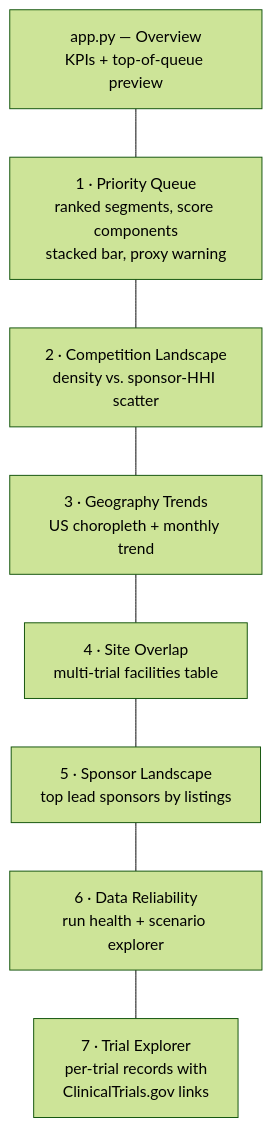
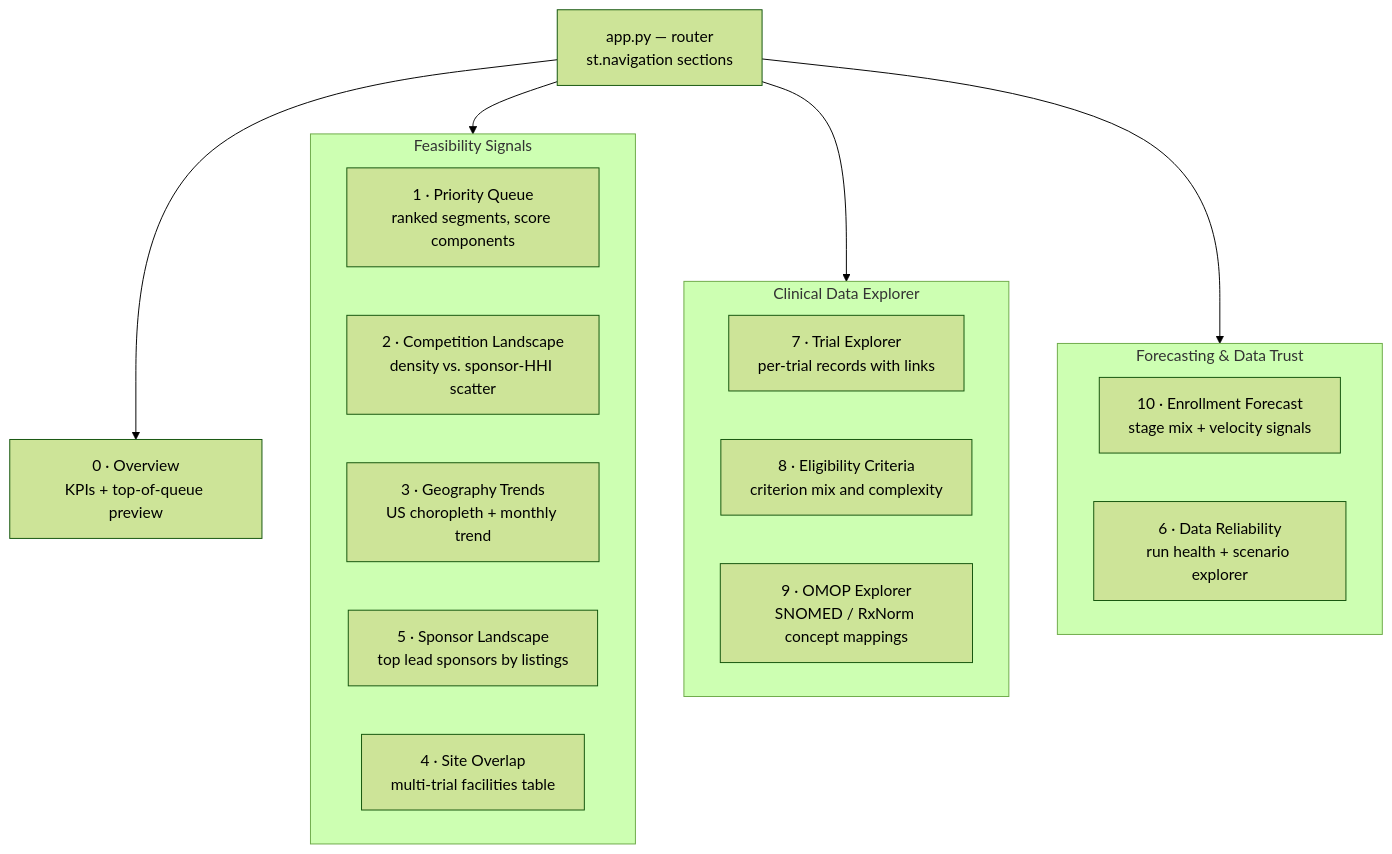
One commit to ne1cc/clinical-trial-intelligence changed diagram 11 of 14 in PROJECT_DOCUMENTATION.md. Above: the diagram before and after it, drawn with Mermaid (forest theme). The commit also changed other lines of this file and 2 other files, not shown here.

Commit message:
docs: update dashboard spec for theming and grouped navigation
Documents the router/navigation structure, adds the three pages that were
never in the spec (Eligibility Criteria, OMOP Explorer, Enrollment
Forecast), and adds a Theming section recording why the palette had to
validate against both chart surfaces and why the signal band is an
ordinal blue ramp rather than a red scale.

Also refreshes stale counts: 8 pages -> 11, and a pytest suite that had
been reported as 47 tests since well before this branch (now 117).

Claude-Session: https://claude.ai/code/session_01GSGXwK9taTLbGnvcCwThcj

````diff
--- a/PROJECT_DOCUMENTATION.md
+++ b/PROJECT_DOCUMENTATION.md
@@ -557,12 +561,25 @@
 ```mermaid
 flowchart TB
-    APP["app.py — Overview<br/>KPIs + top-of-queue preview"]
-    P1["1 · Priority Queue<br/>ranked segments, score components<br/>stacked bar, proxy warning"]
-    P2["2 · Competition Landscape<br/>density vs. sponsor-HHI scatter"]
-    P3["3 · Geography Trends<br/>US choropleth + monthly trend"]
-    P4["4 · Site Overlap<br/>multi-trial facilities table"]
-    P5["5 · Sponsor Landscape<br/>top lead sponsors by listings"]
-    P6["6 · Data Reliability<br/>run health + scenario explorer"]
-    P7["7 · Trial Explorer<br/>per-trial records with<br/>ClinicalTrials.gov links"]
-    APP --- P1 --- P2 --- P3 --- P4 --- P5 --- P6 --- P7
+    APP["app.py — router<br/>st.navigation sections"]
+    OV["0 · Overview<br/>KPIs + top-of-queue preview"]
+    subgraph S1["Feasibility Signals"]
+        P1["1 · Priority Queue<br/>ranked segments, score components"]
+        P2["2 · Competition Landscape<br/>density vs. sponsor-HHI scatter"]
+        P3["3 · Geography Trends<br/>US choropleth + monthly trend"]
+        P5["5 · Sponsor Landscape<br/>top lead sponsors by listings"]
+        P4["4 · Site Overlap<br/>multi-trial facilities table"]
+    end
+    subgraph S2["Clinical Data Explorer"]
+        P7["7 · Trial Explorer<br/>per-trial records with links"]
+        P8["8 · Eligibility Criteria<br/>criterion mix and complexity"]
+        P9["9 · OMOP Explorer<br/>SNOMED / RxNorm concept mappings"]
+    end
+    subgraph S3["Forecasting & Data Trust"]
+        P10["10 · Enrollment Forecast<br/>stage mix + velocity signals"]
+        P6["6 · Data Reliability<br/>run health + scenario explorer"]
+    end
+    APP --> OV
+    APP --> S1
+    APP --> S2
+    APP --> S3
 ```
````
